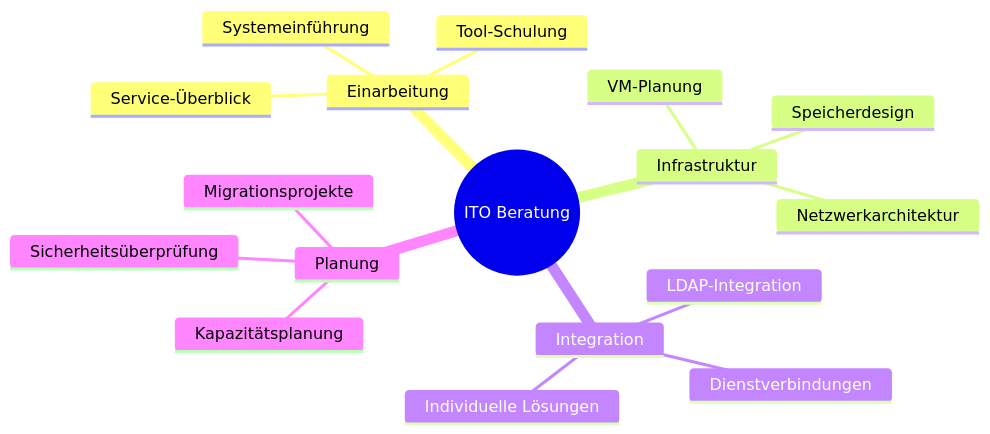
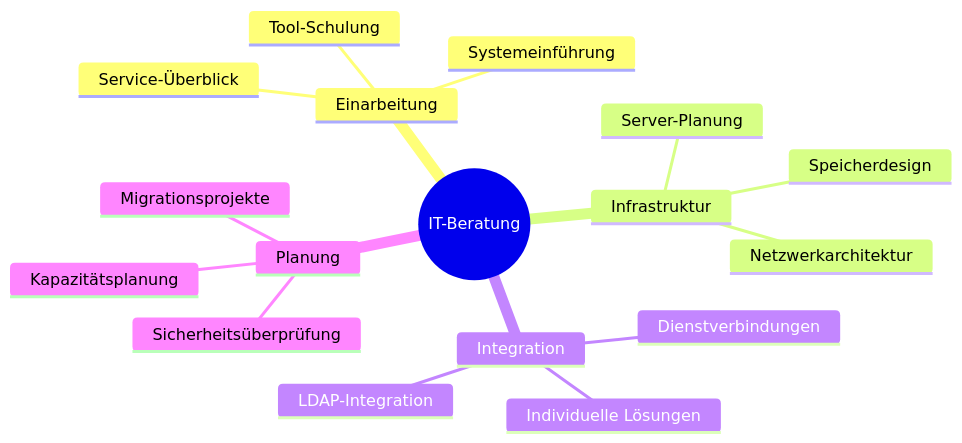
Before and after one commit to jtimo/tum-ito-admin-guide: the second of 3 diagrams in de/chapters/07-support-ressourcen.qmd, drawn with Mermaid. The commit also changed other lines of this file and 21 other files, not shown here.

````diff
--- a/de/chapters/07-support-ressourcen.qmd
+++ b/de/chapters/07-support-ressourcen.qmd
@@ -77,21 +78,21 @@
 ```{mermaid}
 %%| fig-cap: "Verfügbare Beratungsdienste"
 mindmap
-    root((ITO Beratung))
+    root((IT-Beratung))
         Einarbeitung
             Systemeinführung
             Tool-Schulung
             Service-Überblick
         Infrastruktur
-            VM-Planung
+            Server-Planung
             Speicherdesign
             Netzwerkarchitektur
         Integration
             LDAP-Integration
             Dienstverbindungen
             Individuelle Lösungen
         Planung
             Kapazitätsplanung
             Migrationsprojekte
             Sicherheitsüberprüfung
 ```
````
